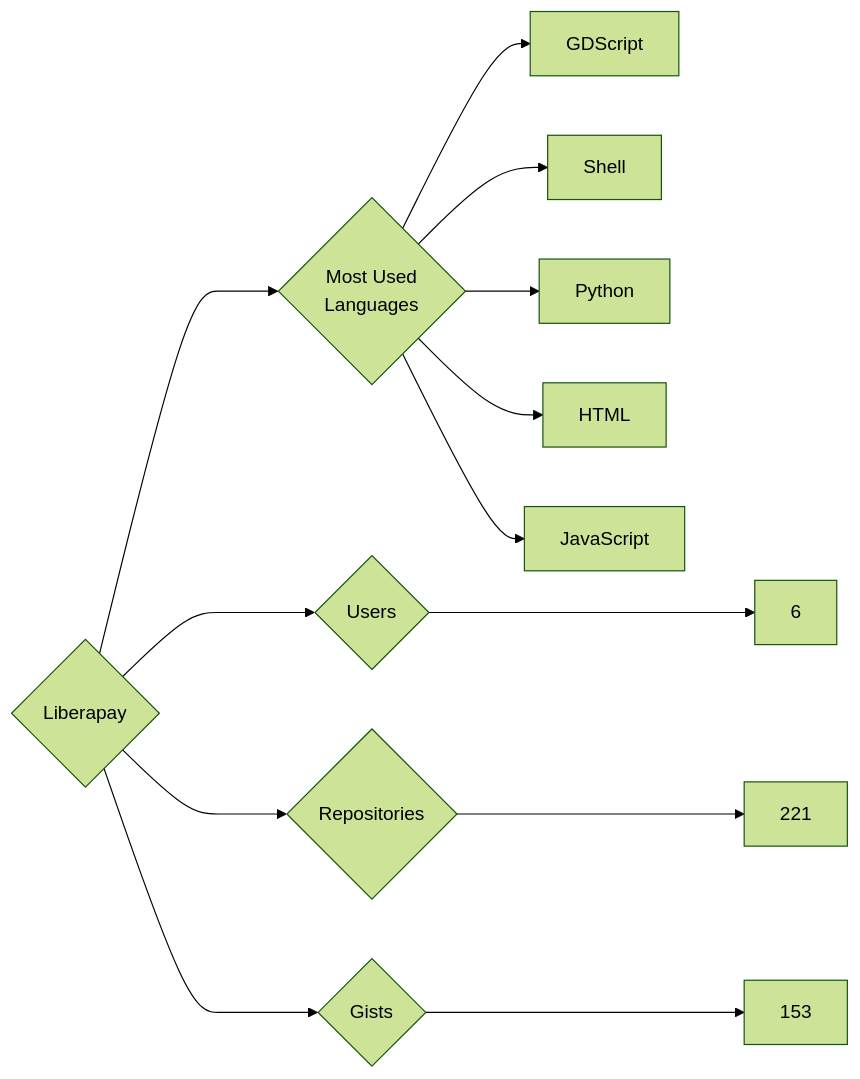
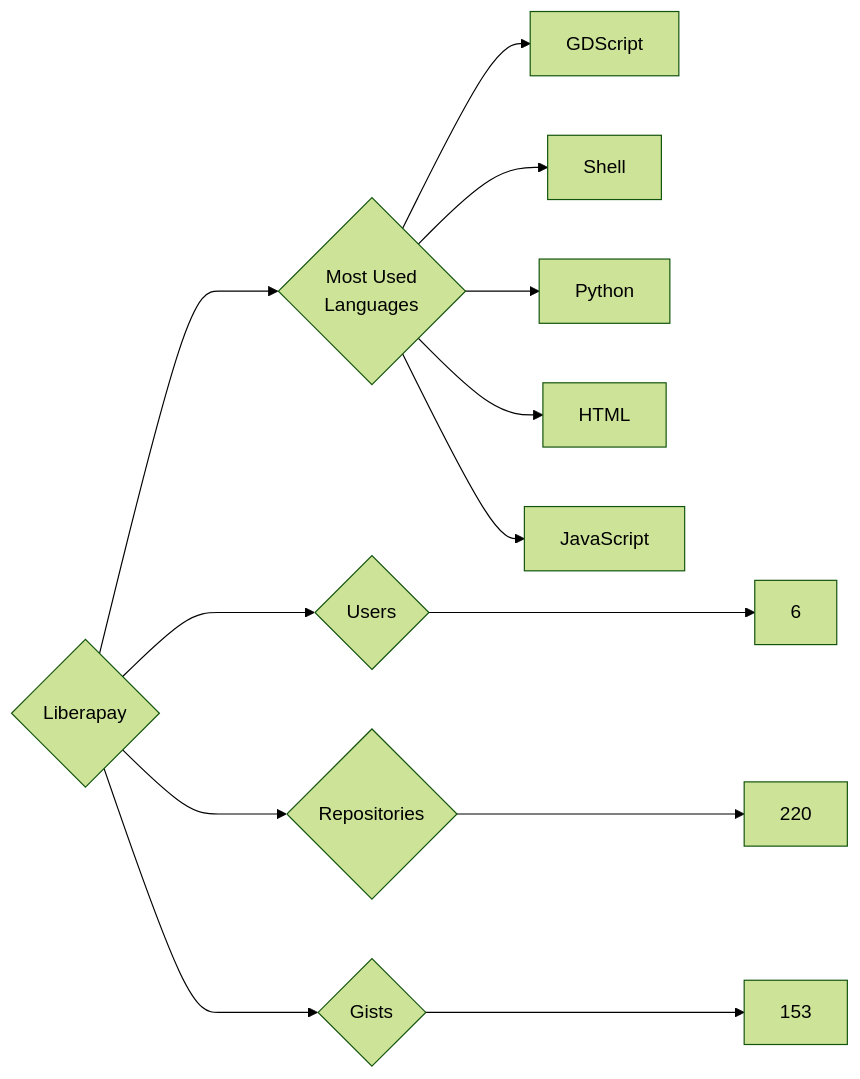
One commit to trickest/insiders changed the diagram in targets/Liberapay/README.md. Above: the diagram before and after it, drawn with Mermaid (forest theme). The commit also changed 772 other files, not shown here.

````diff
--- a/targets/Liberapay/README.md
+++ b/targets/Liberapay/README.md
@@ -3,13 +3,13 @@
 ```mermaid
 graph LR
 COMPANY_NAME{Liberapay}
 COMPANY_NAME ---> U{Users} ---> UN[6]
-COMPANY_NAME ---> R{Repositories} ---> RN[221]
+COMPANY_NAME ---> R{Repositories} ---> RN[220]
 COMPANY_NAME ---> G{Gists} ---> GN[153]
 COMPANY_NAME ---> ML{Most Used<br>Languages}
 ML --> GDScript[GDScript]
 ML --> Shell[Shell]
 ML --> Python[Python]
 ML --> HTML[HTML]
 ML --> JavaScript[JavaScript]
 ```
````
